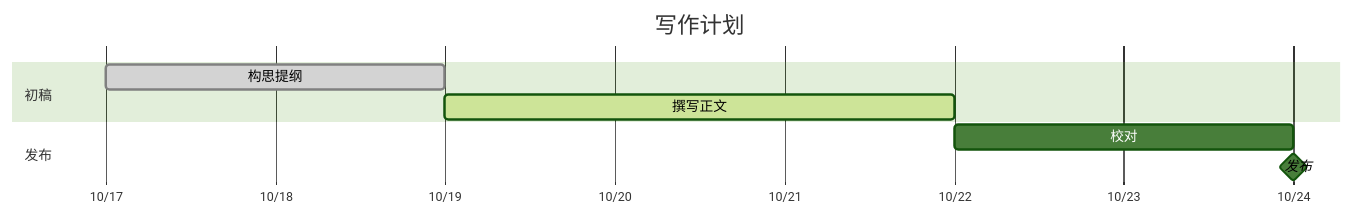
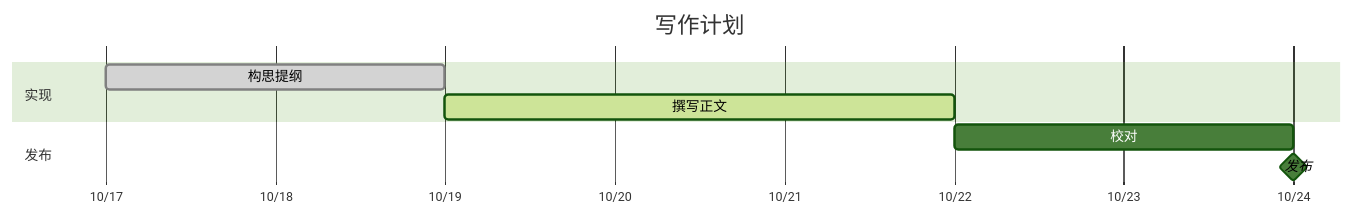
Before and after one commit to dotnet9/Vex: the fifth of 22 diagrams in docs/演示文档/Mermaid 图表图鉴.md, drawn with Mermaid (forest theme). The commit also changed other lines of this file and 11 other files, not shown here.

````diff
--- a/docs/演示文档/Mermaid 图表图鉴.md
+++ b/docs/演示文档/Mermaid 图表图鉴.md
@@ -55,13 +63,13 @@
 ```mermaid
 gantt
   title 写作计划
   dateFormat YYYY-MM-DD
   axisFormat %m/%d
   tickInterval 1day
-  section 初稿
+  section 实现
     构思提纲 :done, a, 2026-10-17, 2d
     撰写正文 :active, b, after a, 3d
   section 发布
     校对 :c, after b, 2d
     发布 :milestone, after c, 0d
 ```
````
